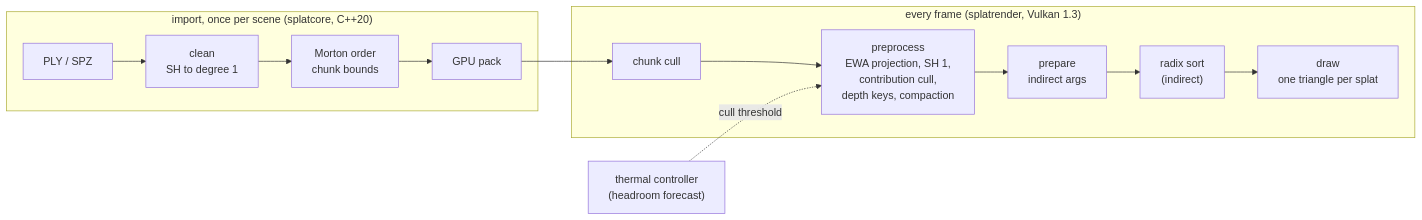
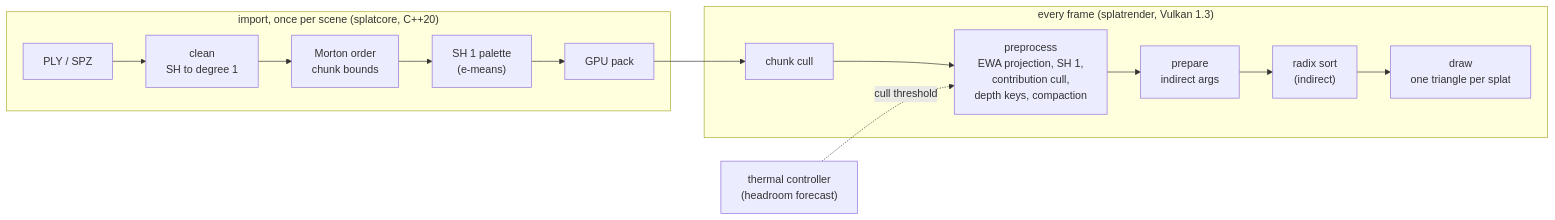
Before and after one commit to Artemarius/pocketsplat: the diagram in README.md, drawn with Mermaid. The commit also changed other lines of this file, not shown here.

First line of the commit message:
docs: README - SH 1 palette in the import pipeline, import cost, limitation line

````diff
--- a/README.md
+++ b/README.md
@@ -55,11 +56,11 @@
 ```mermaid
 flowchart LR
   subgraph IMPORT["import, once per scene (splatcore, C++20)"]
-    A["PLY / SPZ"] --> B["clean<br/>SH to degree 1"] --> C["Morton order<br/>chunk bounds"] --> D["GPU pack"]
+    A["PLY / SPZ"] --> B["clean<br/>SH to degree 1"] --> C["Morton order<br/>chunk bounds"] --> P["SH 1 palette<br/>(e-means)"] --> D["GPU pack"]
   end
   subgraph FRAME["every frame (splatrender, Vulkan 1.3)"]
     E["chunk cull"] --> F["preprocess<br/>EWA projection, SH 1,<br/>contribution cull,<br/>depth keys, compaction"] --> G["prepare<br/>indirect args"] --> H["radix sort<br/>(indirect)"] --> I["draw<br/>one triangle per splat"]
   end
   D --> E
   T["thermal controller<br/>(headroom forecast)"] -. "cull threshold" .-> F
 ```
````
